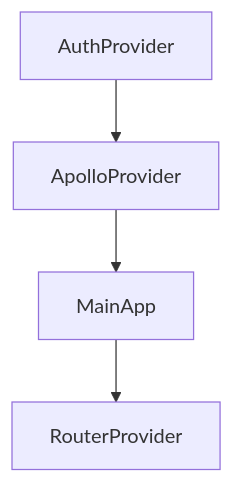
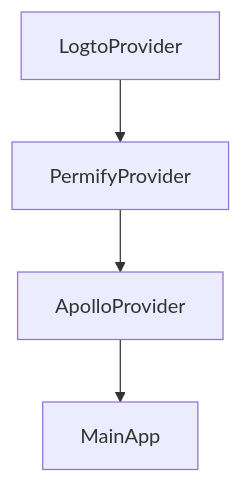
One commit to dictybase-playground/logto-test changed the first of 3 diagrams in README.md. Above: the diagram before and after it, drawn with Mermaid. The commit also changed other lines of this file and 3 other files, not shown here.

````diff
--- a/README.md
+++ b/README.md
@@ -5,7 +3,6 @@
 ```mermaid
-
 flowchart TD
 
-AuthProvider --> ApolloProvider --> MainApp --> RouterProvider
+LogtoProvider -->  PermifyProvider --> ApolloProvider --> MainApp
 
 ```
````
